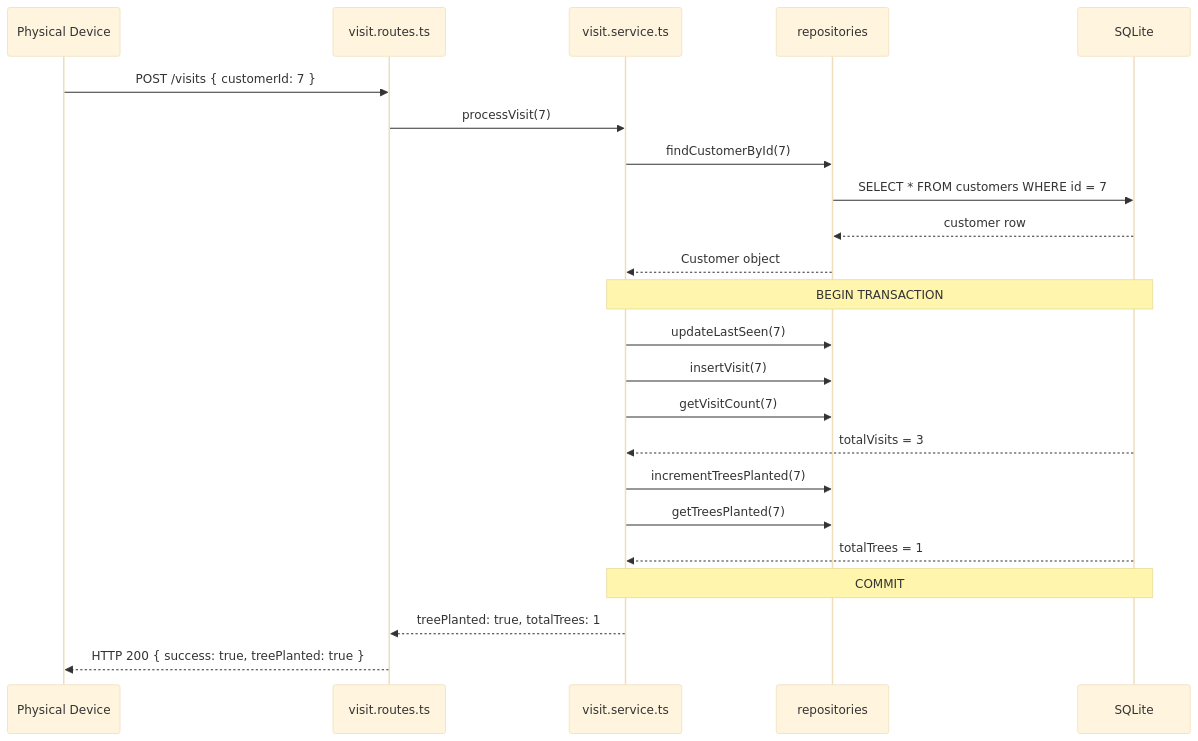
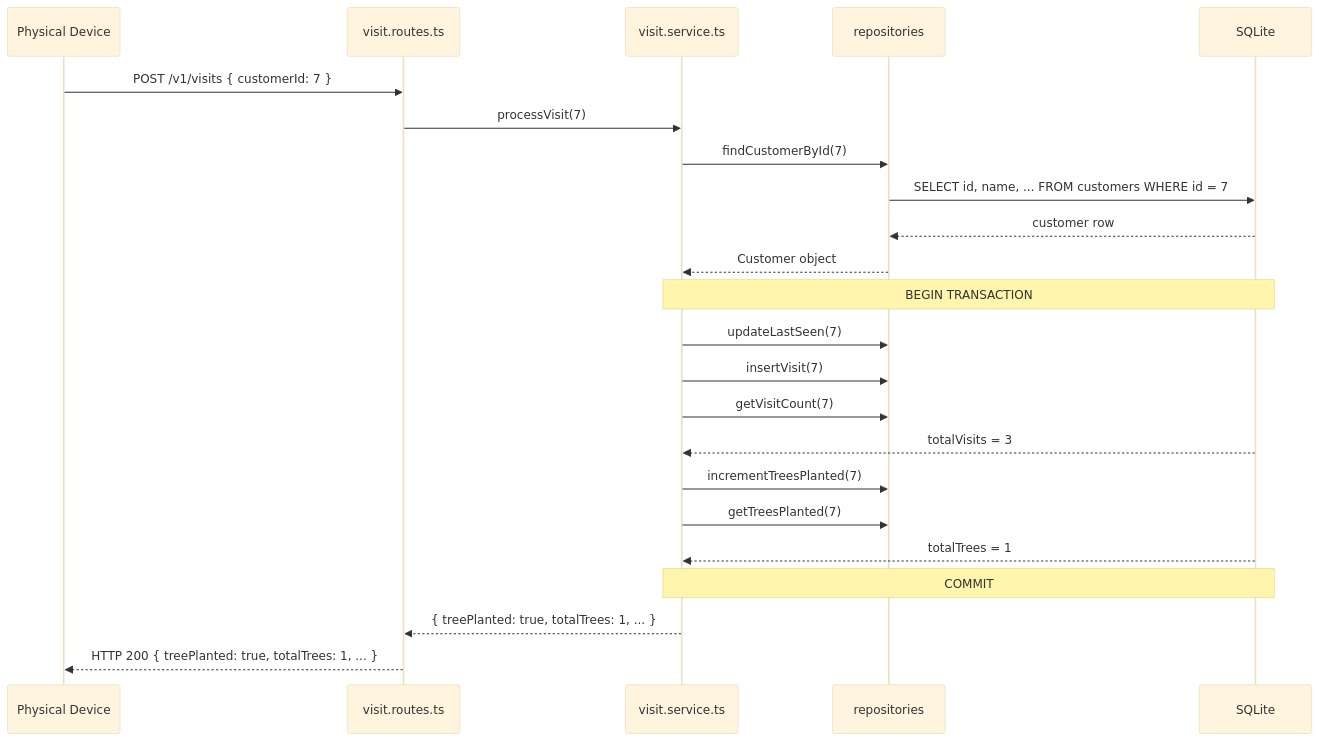
The second of 3 diagrams in README.md (Davidfarouk/T_N_Interview), drawn with Mermaid (base theme) before and after one commit. The commit also changed other lines of this file, not shown here.

Commit message:
Revise README: fix all API examples, add DB schema diagram, update test count and project structure

````diff
--- a/README.md
+++ b/README.md
@@ -69,28 +69,28 @@
 ```mermaid
 sequenceDiagram
     participant Device as Physical Device
     participant Route as visit.routes.ts
     participant Service as visit.service.ts
     participant Repo as repositories
     participant DB as SQLite
 
-    Device->>Route: POST /visits { customerId: 7 }
+    Device->>Route: POST /v1/visits { customerId: 7 }
     Route->>Service: processVisit(7)
     Service->>Repo: findCustomerById(7)
-    Repo->>DB: SELECT * FROM customers WHERE id = 7
+    Repo->>DB: SELECT id, name, ... FROM customers WHERE id = 7
     DB-->>Repo: customer row
     Repo-->>Service: Customer object
 
     Note over Service,DB: BEGIN TRANSACTION
     Service->>Repo: updateLastSeen(7)
     Service->>Repo: insertVisit(7)
     Service->>Repo: getVisitCount(7)
     DB-->>Service: totalVisits = 3
     Service->>Repo: incrementTreesPlanted(7)
     Service->>Repo: getTreesPlanted(7)
     DB-->>Service: totalTrees = 1
     Note over Service,DB: COMMIT
 
-    Service-->>Route: treePlanted: true, totalTrees: 1
-    Route-->>Device: HTTP 200 { success: true, treePlanted: true }
+    Service-->>Route: { treePlanted: true, totalTrees: 1, ... }
+    Route-->>Device: HTTP 200 { treePlanted: true, totalTrees: 1, ... }
 ```
````
